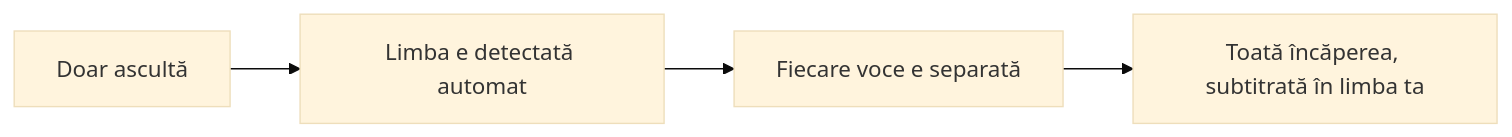
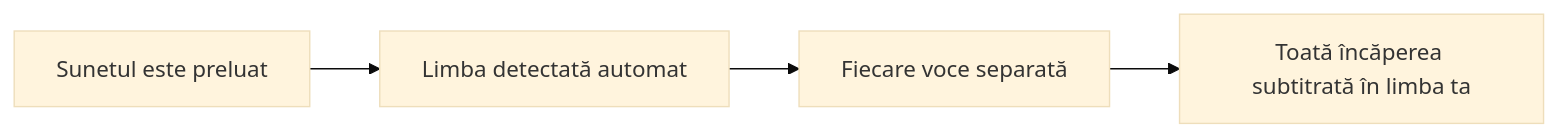
The first of 4 diagrams in README_ro.md (rpalm01-star/VigilantEarLegal), drawn with Mermaid (base theme) before and after one commit. The commit also changed other lines of this file and 14 other files, not shown here.

````diff
--- a/README_ro.md
+++ b/README_ro.md
@@ -73,4 +82,4 @@
 ```mermaid
 graph LR
-    A["Doar ascultă"] --> B["Limba e detectată automat"] --> C["Fiecare voce e separată"] --> D["Toată încăperea, subtitrată în limba ta"]
+    A["Sunetul este preluat"] --> B["Limba detectată automat"] --> C["Fiecare voce separată"] --> D["Toată încăperea subtitrată în limba ta"]
 ```
````
